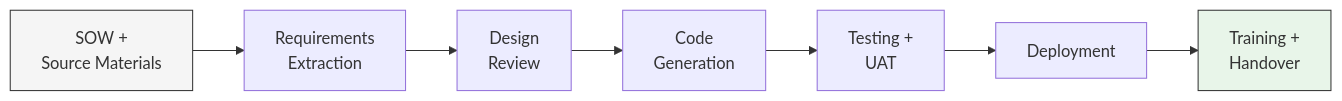
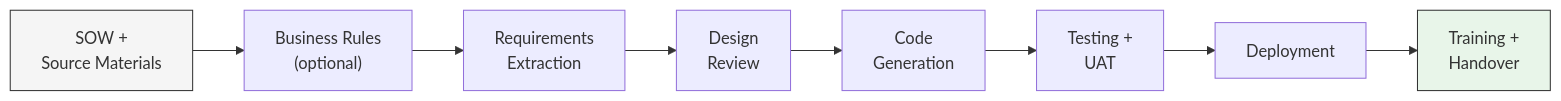
One commit to rittmananalytics/wire-plugin-preview changed the diagram in docs-site/docs/intro.md. Above: the diagram before and after it, drawn with Mermaid. The commit also changed other lines of this file and 2 other files, not shown here.

````diff
--- a/docs-site/docs/intro.md
+++ b/docs-site/docs/intro.md
@@ -22,12 +38,13 @@
 ```mermaid
 graph LR
-    A["SOW +<br/>Source Materials"] --> B["Requirements<br/>Extraction"]
+    A["SOW +<br/>Source Materials"] --> A2["Business Rules<br/>(optional)"]
+    A2 --> B["Requirements<br/>Extraction"]
     B --> C["Design<br/>Review"]
     C --> D["Code<br/>Generation"]
     D --> E["Testing +<br/>UAT"]
     E --> F["Deployment"]
     F --> G["Training +<br/>Handover"]
 
     style A fill:#f5f5f5,stroke:#333
     style G fill:#e8f5e9,stroke:#333
 ```
````
